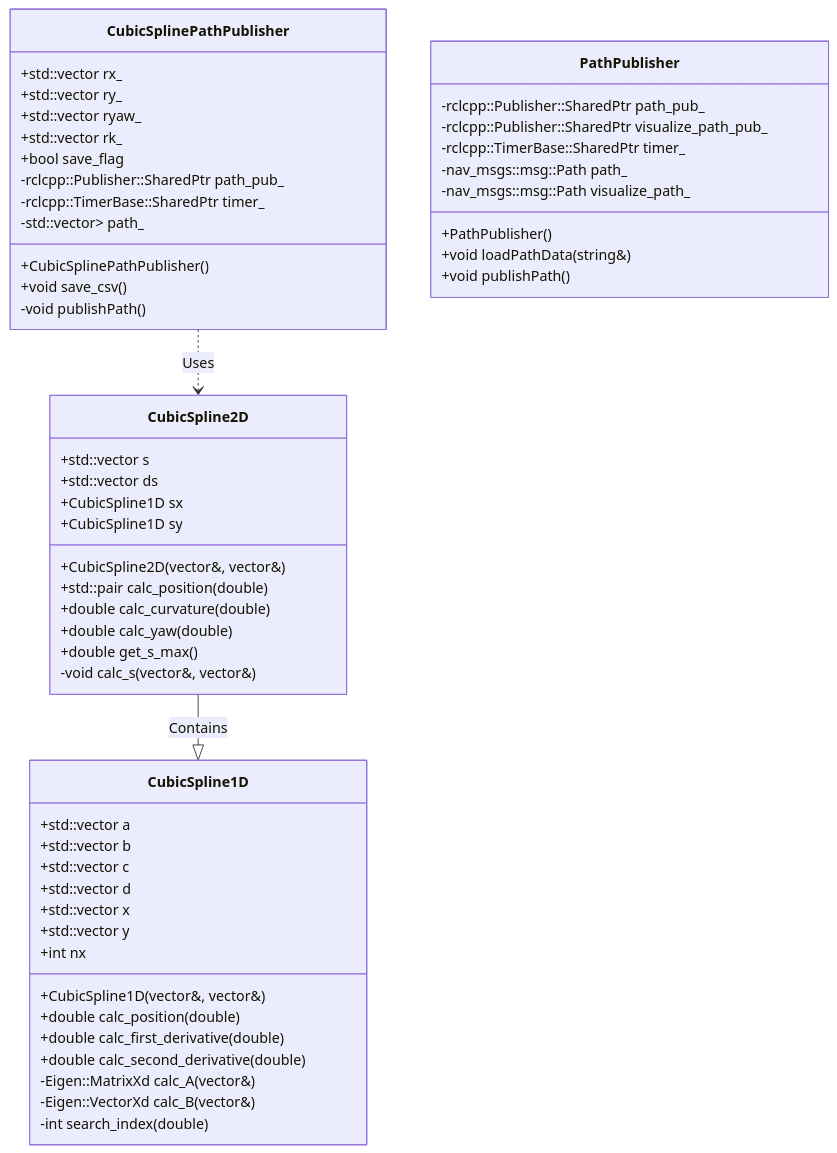
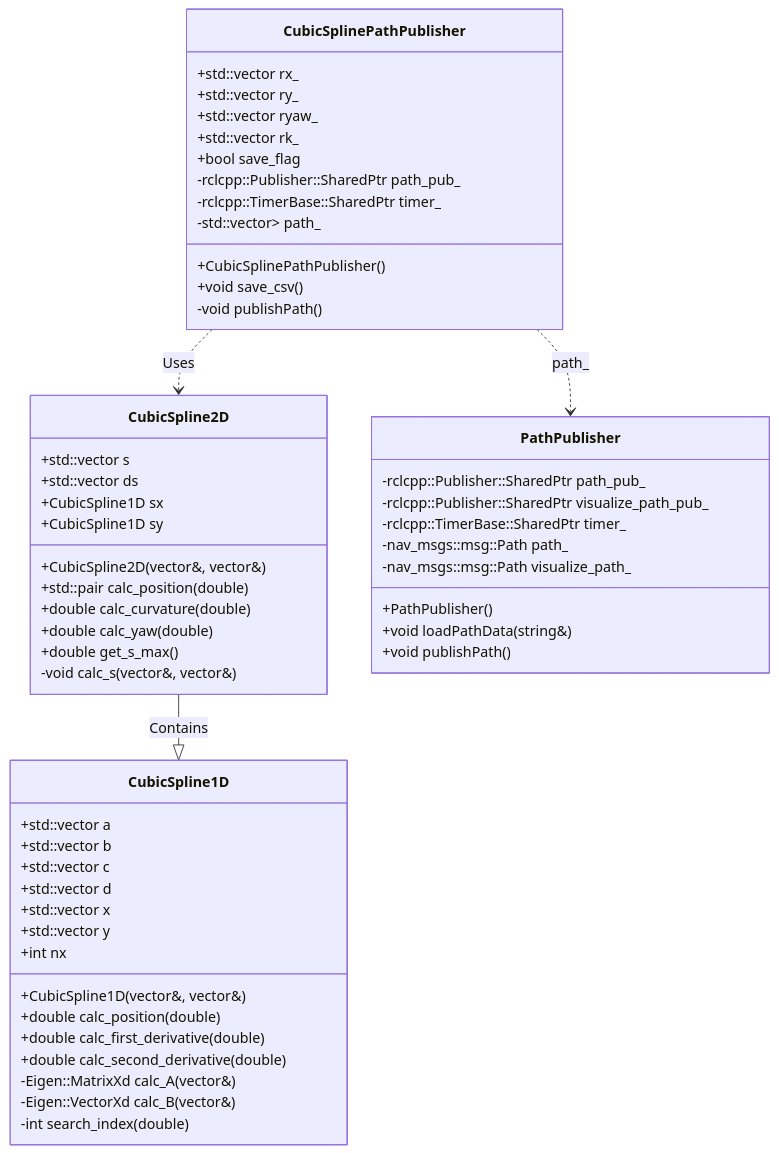
Before and after one commit to Arcanain/path_smoother: the first of 2 diagrams in README.md, drawn with Mermaid.

````diff
--- a/README.md
+++ b/README.md
@@ -80,61 +80,62 @@
 ```mermaid
 classDiagram
     class CubicSpline1D {
         +std::vector<double> a
         +std::vector<double> b
         +std::vector<double> c
         +std::vector<double> d
         +std::vector<double> x
         +std::vector<double> y
         +int nx
         +CubicSpline1D(vector<double>&, vector<double>&)
         +double calc_position(double)
         +double calc_first_derivative(double)
         +double calc_second_derivative(double)
         -Eigen::MatrixXd calc_A(vector<double>&)
         -Eigen::VectorXd calc_B(vector<double>&)
         -int search_index(double)
     }
 
     class CubicSpline2D {
         +CubicSpline2D(vector<double>&, vector<double>&)
         +std::pair<double, double> calc_position(double)
         +double calc_curvature(double)
         +double calc_yaw(double)
         +double get_s_max()
         +std::vector<double> s
         +std::vector<double> ds
         +CubicSpline1D sx
         +CubicSpline1D sy
         -void calc_s(vector<double>&, vector<double>&)
     }
     CubicSpline2D --|> CubicSpline1D: Contains
 
     class CubicSplinePathPublisher {
         +CubicSplinePathPublisher()
         +void save_csv()
         +std::vector<double> rx_
         +std::vector<double> ry_
         +std::vector<double> ryaw_
         +std::vector<double> rk_
         +bool save_flag
         -void publishPath()
         -rclcpp::Publisher<nav_msgs::msg::Path>::SharedPtr path_pub_
         -rclcpp::TimerBase::SharedPtr timer_
         -std::vector<std::vector<double>> path_
     }
 
     CubicSplinePathPublisher ..> CubicSpline2D: Uses
+    CubicSplinePathPublisher ..> PathPublisher: path_
 
     class PathPublisher {
         +PathPublisher()
         +void loadPathData(string&)
         +void publishPath()
         -rclcpp::Publisher<nav_msgs::msg::Path>::SharedPtr path_pub_
         -rclcpp::Publisher<nav_msgs::msg::Path>::SharedPtr visualize_path_pub_
         -rclcpp::TimerBase::SharedPtr timer_
         -nav_msgs::msg::Path path_
         -nav_msgs::msg::Path visualize_path_
     }
 
 ```
````
